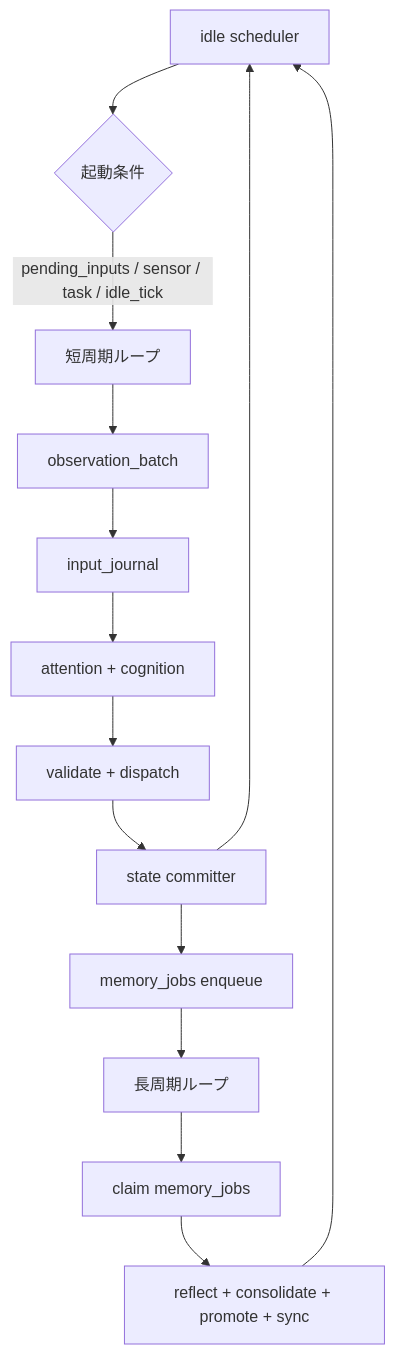
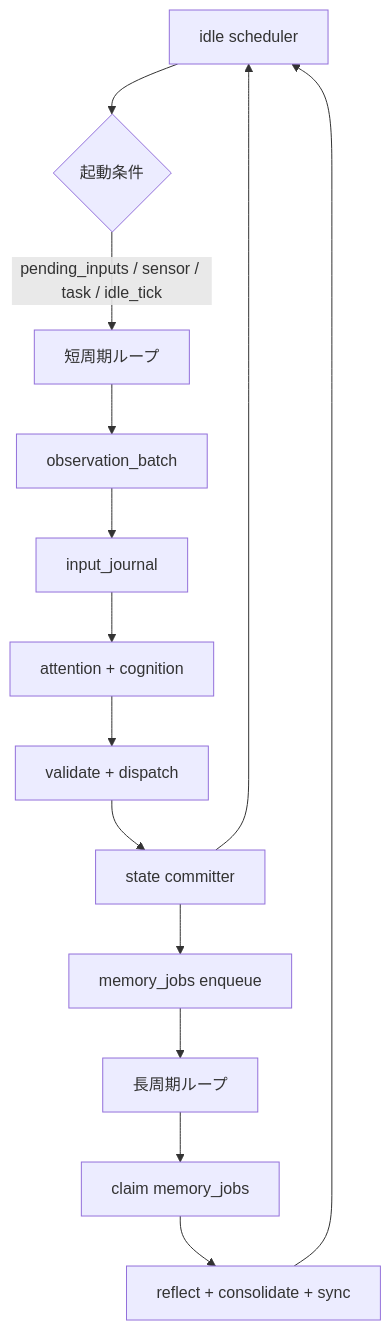
One commit to hirona98/OtomeKairo changed the first of 2 diagrams in docs/31_ランタイム処理仕様.md. Above: the diagram before and after it, drawn with Mermaid. The commit also changed other lines of this file and 17 other files, not shown here.

````diff
--- a/docs/31_ランタイム処理仕様.md
+++ b/docs/31_ランタイム処理仕様.md
@@ -94,16 +92,16 @@
 ```mermaid
 flowchart TD
     idle["idle scheduler"] --> trig{"起動条件"}
     trig -- "pending_inputs / sensor / task / idle_tick" --> short["短周期ループ"]
     short --> observe["observation_batch"]
     observe --> journal["input_journal"]
     journal --> think["attention + cognition"]
     think --> act["validate + dispatch"]
     act --> commit["state committer"]
     commit --> jobs["memory_jobs enqueue"]
     commit --> idle
     jobs --> long["長周期ループ"]
     long --> claim["claim memory_jobs"]
-    claim --> maintain["reflect + consolidate + promote + sync"]
+    claim --> maintain["reflect + consolidate + sync"]
     maintain --> idle
 ```
````
